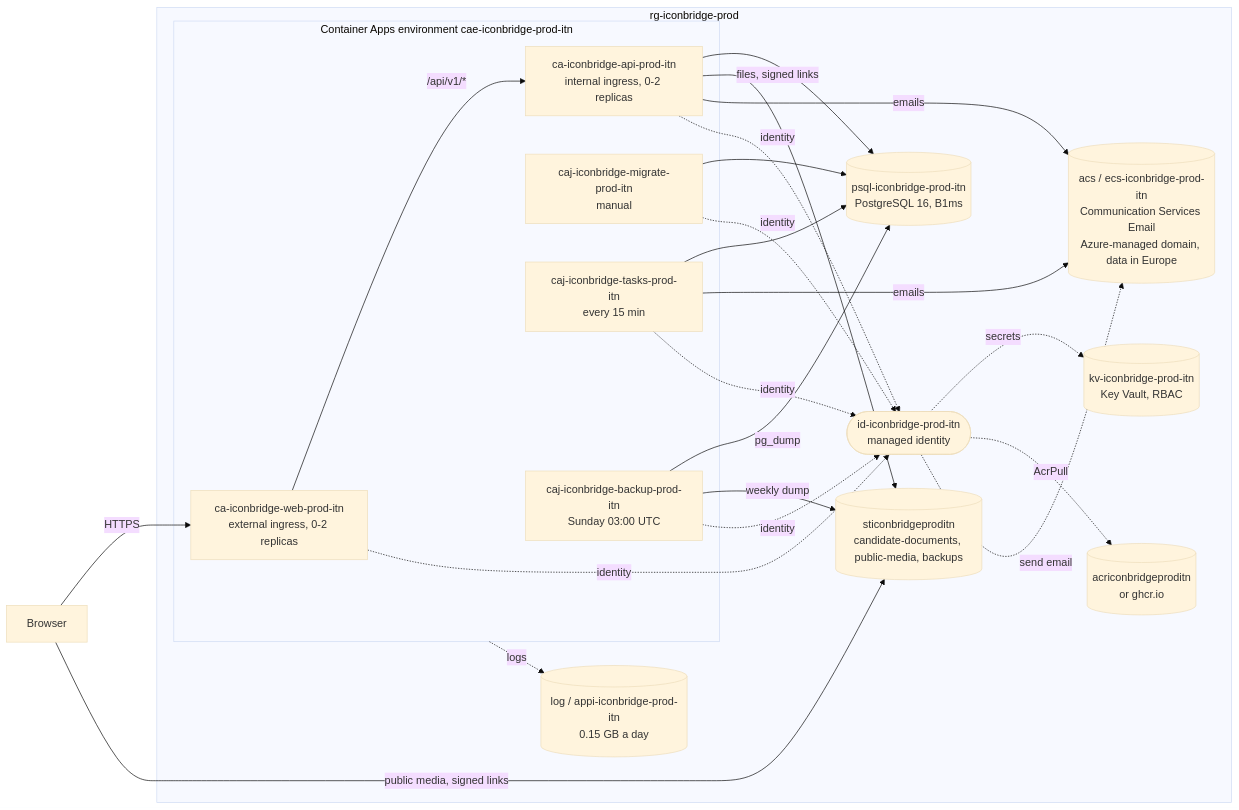
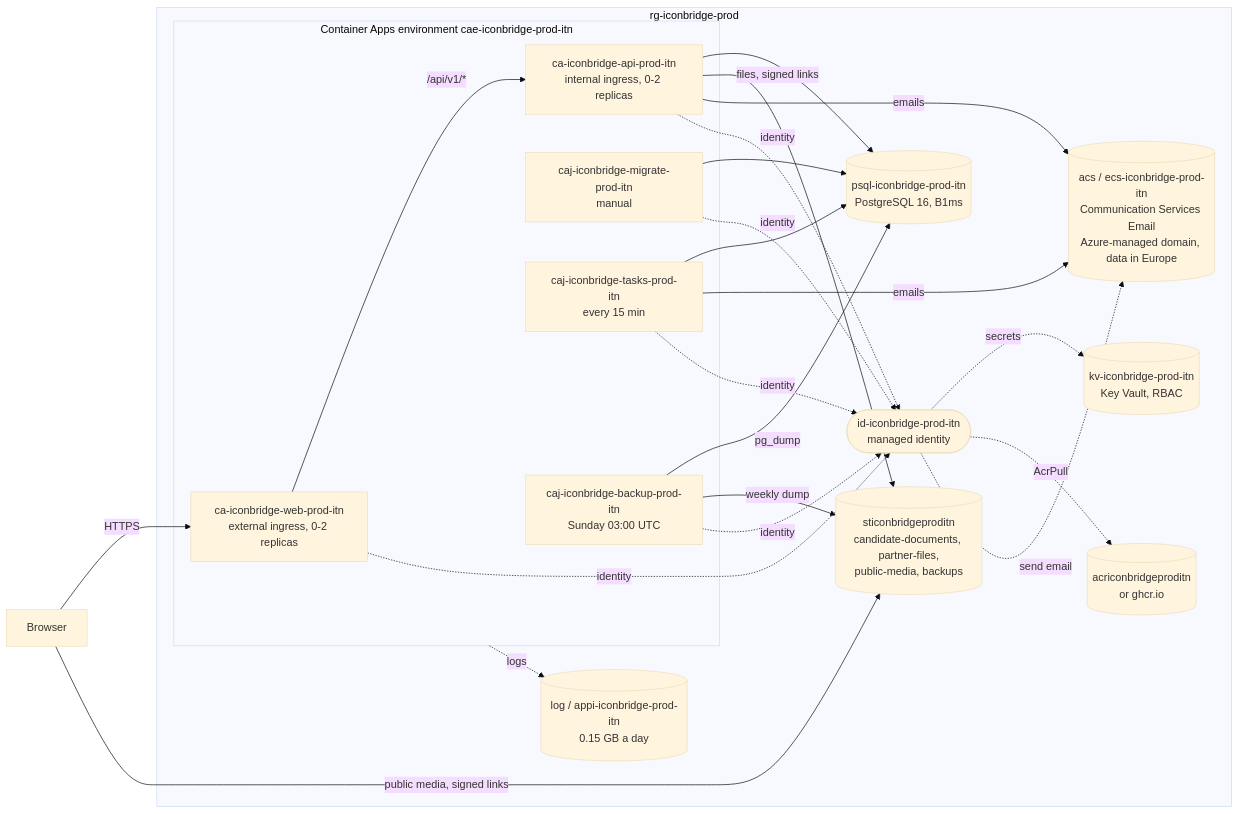
Diagram 11 of 11 in docs/ARCHITECTURE.md (hhhhhhhhhhhh4521515/iconbridge-platform), drawn with Mermaid (base theme) before and after one commit. The commit also changed other lines of this file and 26 other files, not shown here.

````diff
--- a/docs/ARCHITECTURE.md
+++ b/docs/ARCHITECTURE.md
@@ -1010,34 +1010,34 @@
 ```mermaid
 flowchart LR
   U[Browser] -- HTTPS --> WEB
   subgraph RG["rg-iconbridge-prod"]
     subgraph CAE["Container Apps environment cae-iconbridge-prod-itn"]
       WEB["ca-iconbridge-web-prod-itn<br/>external ingress, 0-2 replicas"]
       API["ca-iconbridge-api-prod-itn<br/>internal ingress, 0-2 replicas"]
       MIG["caj-iconbridge-migrate-prod-itn<br/>manual"]
       TASKS["caj-iconbridge-tasks-prod-itn<br/>every 15 min"]
       BAK["caj-iconbridge-backup-prod-itn<br/>Sunday 03:00 UTC"]
     end
     ID(["id-iconbridge-prod-itn<br/>managed identity"])
     KV[("kv-iconbridge-prod-itn<br/>Key Vault, RBAC")]
     PG[("psql-iconbridge-prod-itn<br/>PostgreSQL 16, B1ms")]
-    ST[("sticonbridgeproditn<br/>candidate-documents, public-media, backups")]
+    ST[("sticonbridgeproditn<br/>candidate-documents, partner-files,<br/>public-media, backups")]
     ACR[("acriconbridgeproditn<br/>or ghcr.io")]
     LOG[("log / appi-iconbridge-prod-itn<br/>0.15 GB a day")]
     ACS[("acs / ecs-iconbridge-prod-itn<br/>Communication Services Email<br/>Azure-managed domain, data in Europe")]
   end
   WEB -- "/api/v1/*" --> API
   API --> PG
   MIG --> PG
   TASKS --> PG
   BAK -- "pg_dump" --> PG
   BAK -- "weekly dump" --> ST
   API -- "files, signed links" --> ST
   API & TASKS -- "emails" --> ACS
   U -- "public media, signed links" --> ST
   WEB & API & MIG & TASKS & BAK -. "identity" .-> ID
   ID -. "secrets" .-> KV
   ID -. "AcrPull" .-> ACR
   ID -. "send email" .-> ACS
   CAE -. logs .-> LOG
 ```
````
